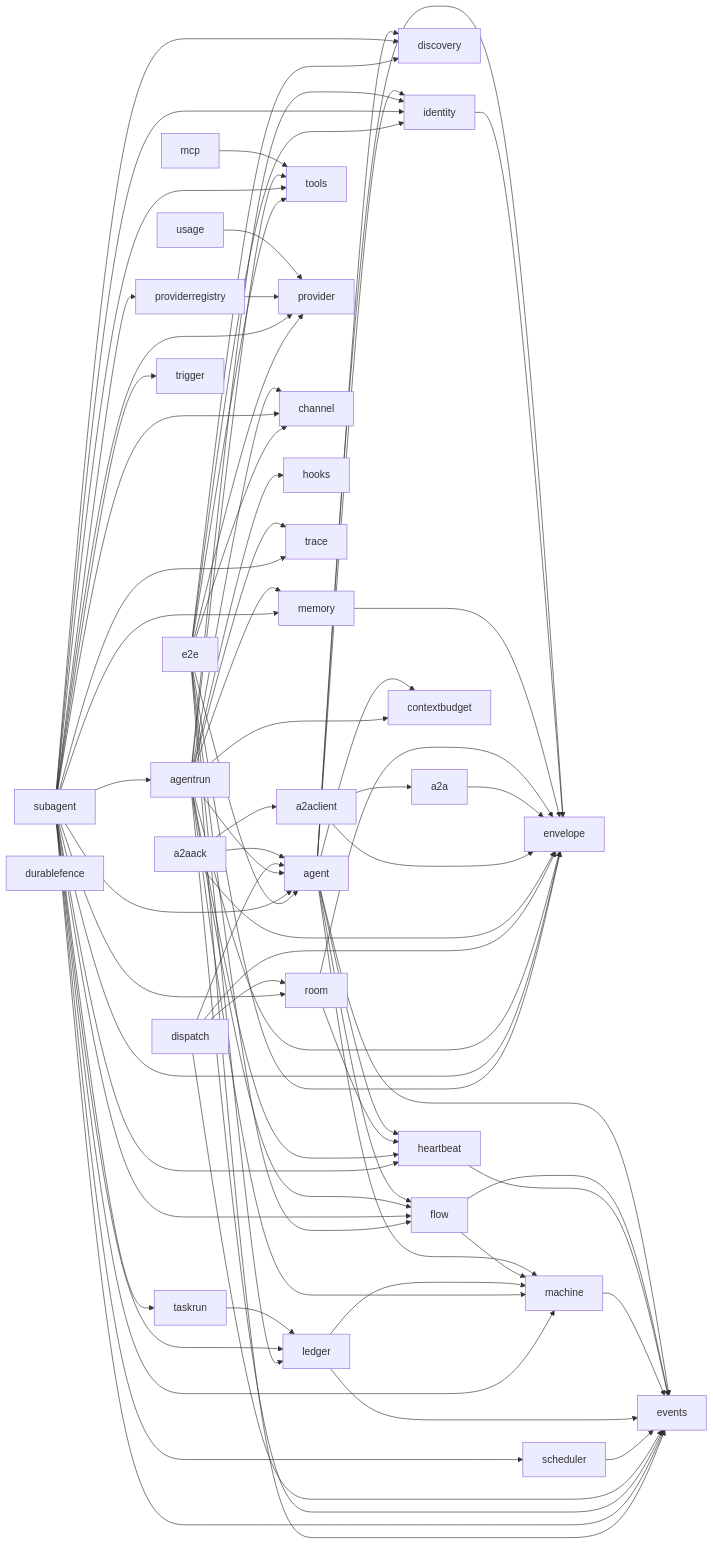
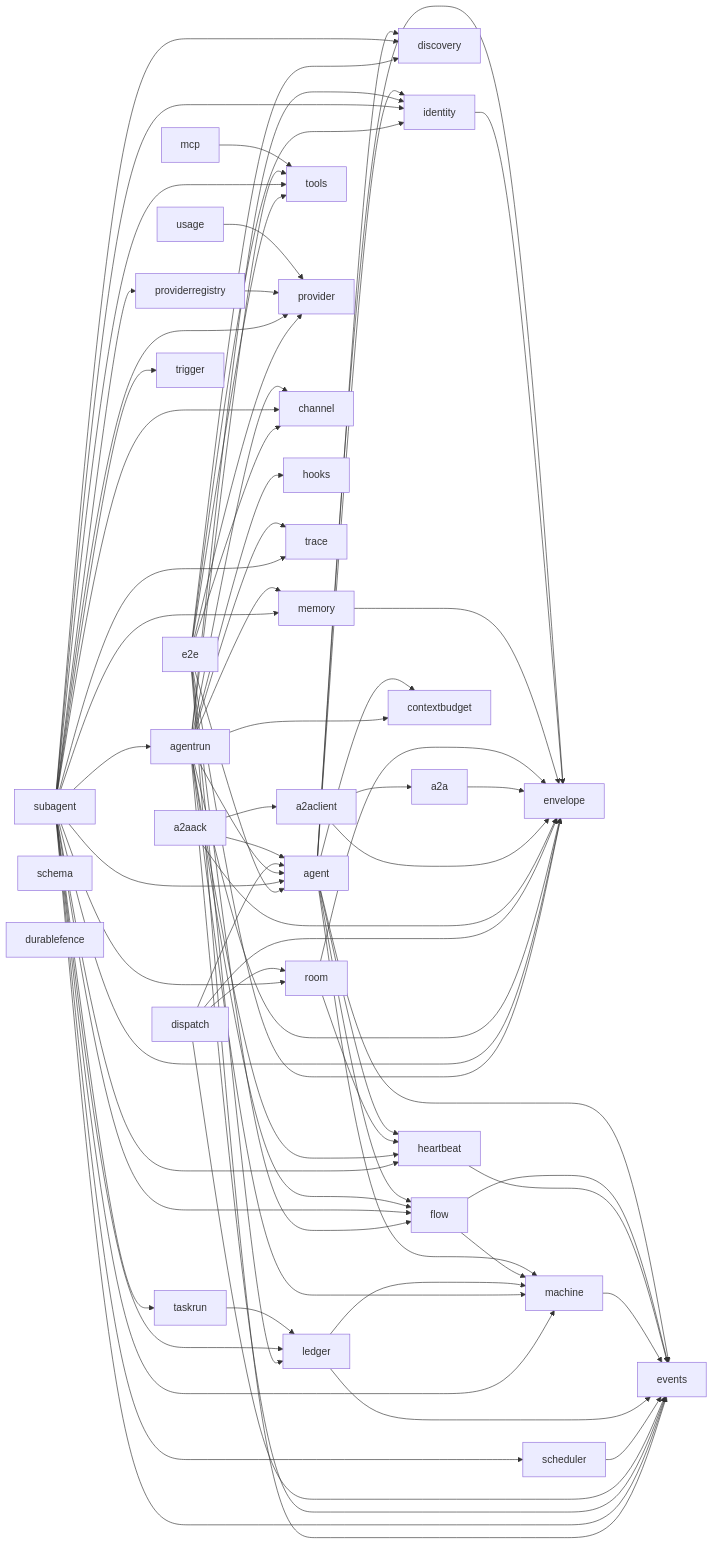
Before and after one commit to MiviaLabs/mivia-ai-sdk: the first of 2 diagrams in docs/architecture.md, drawn with Mermaid. The commit also changed other lines of this file and 18 other files, not shown here.

First line of the commit message:
feat(schema): add JSON Schema compile/validate/corrective package

```diff
--- a/docs/architecture.md
+++ b/docs/architecture.md
@@ -103,6 +103,7 @@
     e2e --> provider
     e2e --> tools
     contextbudget[contextbudget]
+    schema[schema]
     discovery[discovery]
     durablefence[durablefence]
     envelope[envelope]
```
